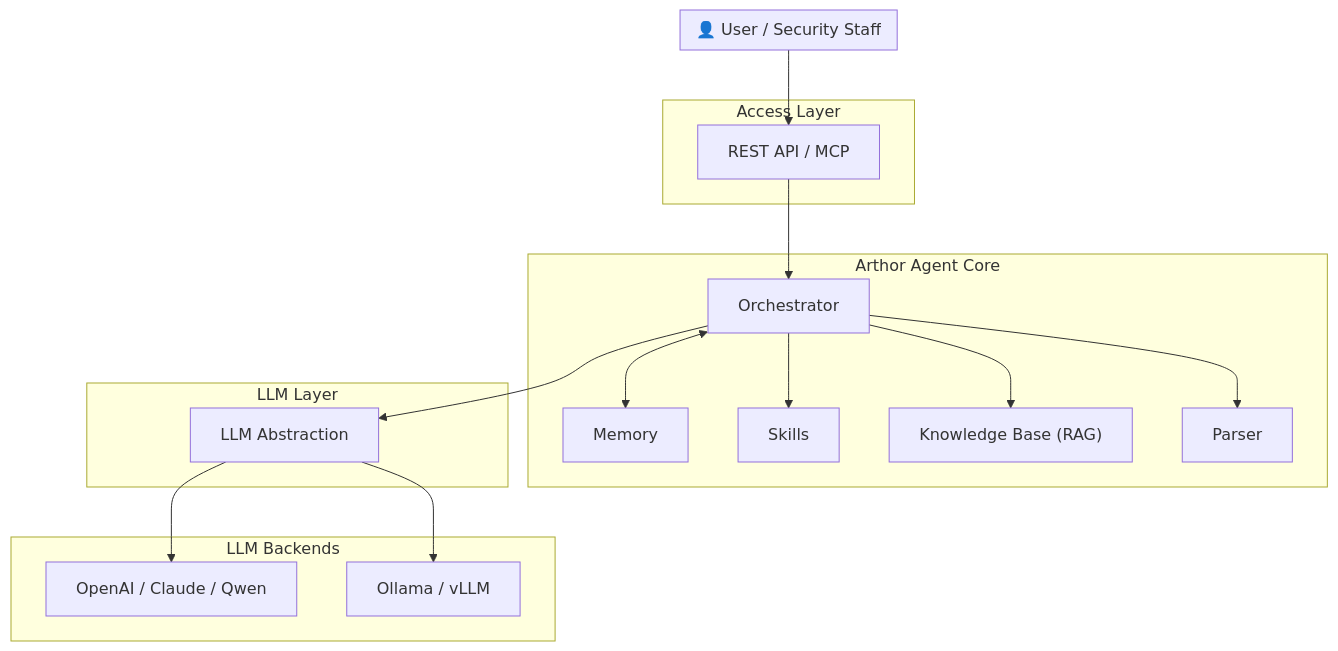
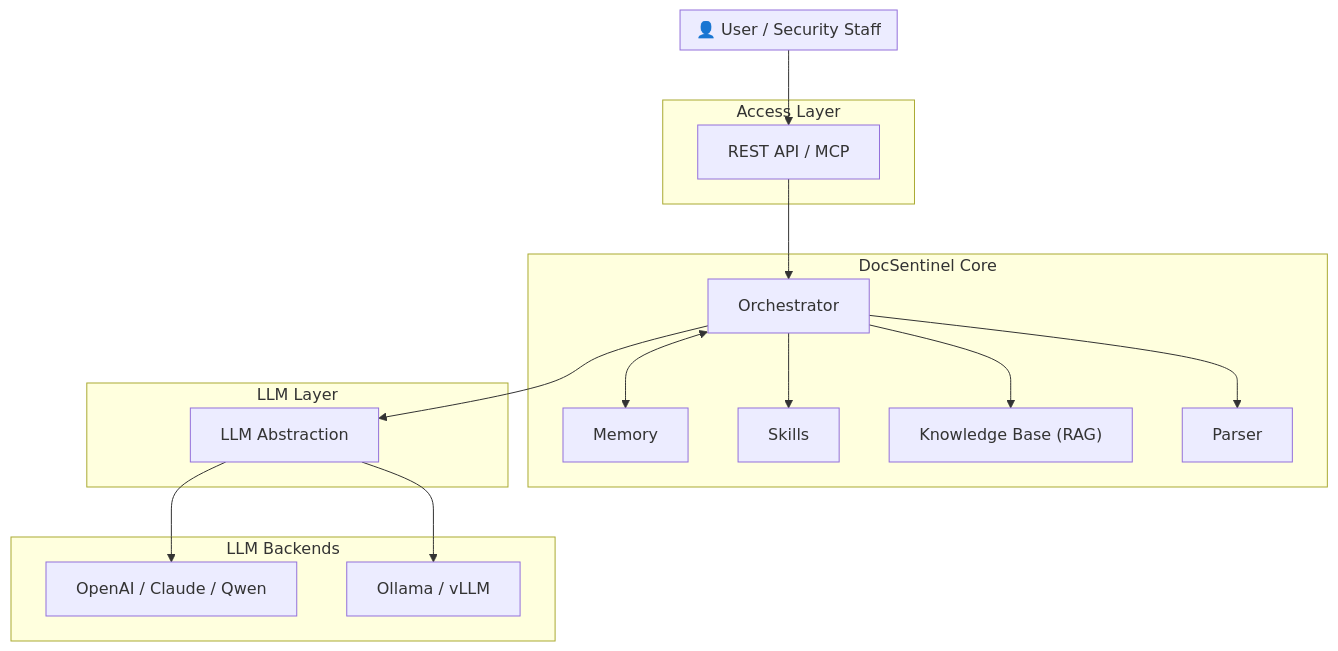
One commit to arthurpanhku/Arthor-Agent changed the diagram in README.md. Above: the diagram before and after it, drawn with Mermaid. The commit also changed other lines of this file and 57 other files, not shown here.

````diff
--- a/README.md
+++ b/README.md
@@ -65,32 +65,32 @@
 ```mermaid
 flowchart TB
     subgraph User["👤 User / Security Staff"]
     end
     subgraph Access["Access Layer"]
         API["REST API / MCP"]
     end
-    subgraph Core["Arthor Agent Core"]
+    subgraph Core["DocSentinel Core"]
         Orch["Orchestrator"]
         Mem["Memory"]
         Skill["Skills"]
         KB["Knowledge Base (RAG)"]
         Parser["Parser"]
     end
     subgraph LLM["LLM Layer"]
         Abst["LLM Abstraction"]
     end
     subgraph Backends["LLM Backends"]
         Cloud["OpenAI / Claude / Qwen"]
         Local["Ollama / vLLM"]
     end
 
     User --> API
     API --> Orch
     Orch <--> Mem
     Orch --> Skill
     Orch --> KB
     Orch --> Parser
     Orch --> Abst
     Abst --> Cloud
     Abst --> Local
 ```
````
